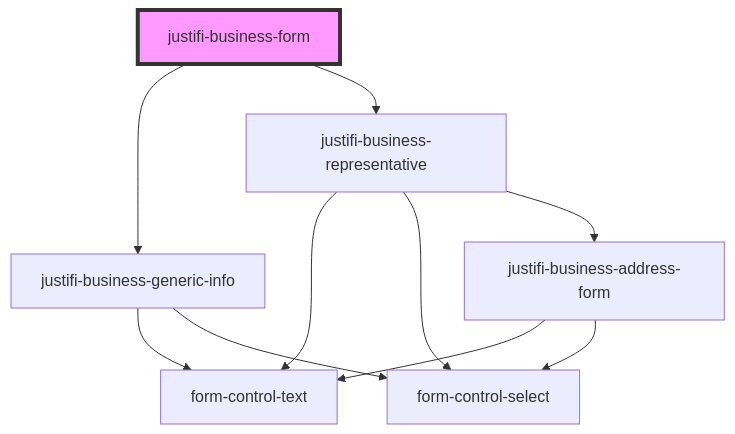
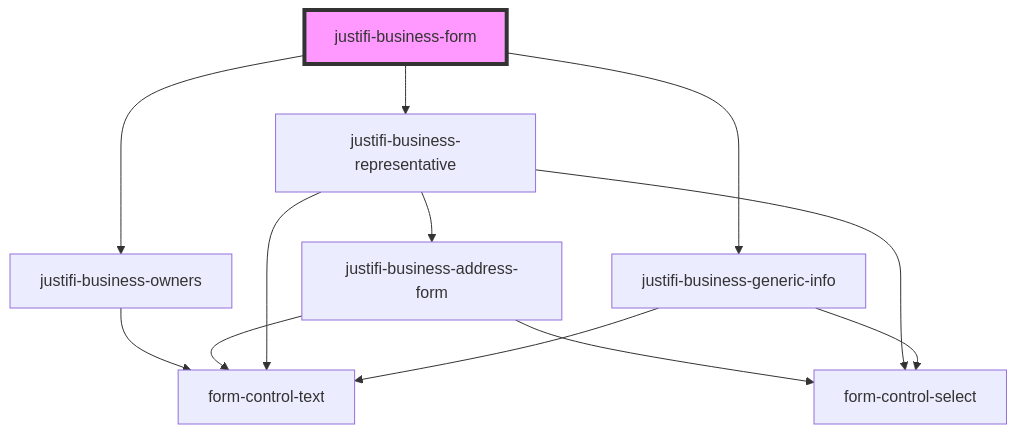
Before and after one commit to justifi-tech/web-component-library: the diagram in stencil-library/src/components/business-form/readme.md, drawn with Mermaid. The commit also changed other lines of this file and 11 other files, not shown here.

````diff
--- a/stencil-library/src/components/business-form/readme.md
+++ b/stencil-library/src/components/business-form/readme.md
@@ -24,13 +25,15 @@
 ```mermaid
 graph TD;
   justifi-business-form --> justifi-business-generic-info
   justifi-business-form --> justifi-business-representative
+  justifi-business-form --> justifi-business-owners
   justifi-business-generic-info --> form-control-text
   justifi-business-generic-info --> form-control-select
   justifi-business-representative --> form-control-text
   justifi-business-representative --> form-control-select
   justifi-business-representative --> justifi-business-address-form
   justifi-business-address-form --> form-control-text
   justifi-business-address-form --> form-control-select
+  justifi-business-owners --> form-control-text
   style justifi-business-form fill:#f9f,stroke:#333,stroke-width:4px
 ```
````
